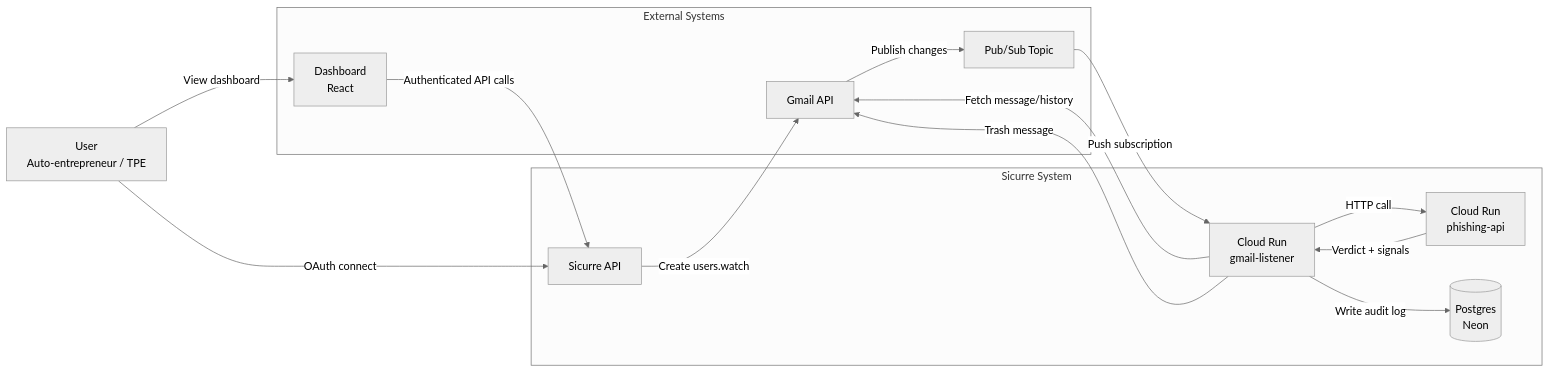
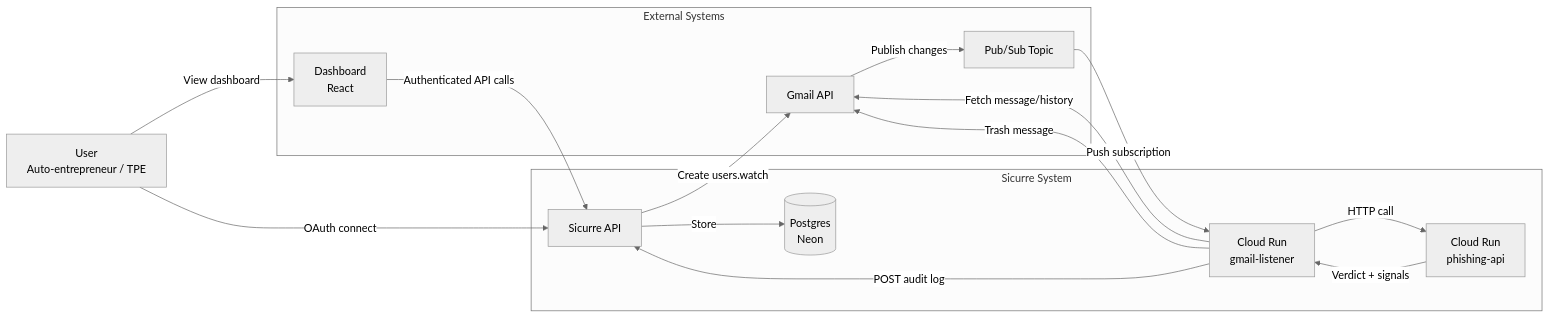
Before and after one commit to MichAdebayo/sicurre: the diagram in docs/architecture/system-context.md, drawn with Mermaid (neutral theme).

Commit message:
fix(docs): update audit log flow to reflect API interaction for storage

````diff
--- a/docs/architecture/system-context.md
+++ b/docs/architecture/system-context.md
@@ -3,31 +3,32 @@
 ```mermaid
 flowchart LR
   U[User<br/>Auto-entrepreneur / TPE]
 
   subgraph SIC[Sicurre System]
     API[Sicurre API]
     ING[Cloud Run<br/>gmail-listener]
     CLS[Cloud Run<br/>phishing-api]
     DB[(Postgres<br/>Neon)]
   end
 
   subgraph EXT[External Systems]
     GM[Gmail API]
     PS[Pub/Sub Topic]
     UI[Dashboard<br/>React]
   end
 
   U -->|OAuth connect| API
   U -->|View dashboard| UI
   UI -->|Authenticated API calls| API
 
   API -->|Create users.watch| GM
   GM -->|Publish changes| PS
   PS -->|Push subscription| ING
 
   ING -->|Fetch message/history| GM
   ING -->|HTTP call| CLS
   CLS -->|Verdict + signals| ING
   ING -->|Trash message| GM
-  ING -->|Write audit log| DB
+  ING -->|POST audit log| API
+  API -->|Store| DB
 ```
````
